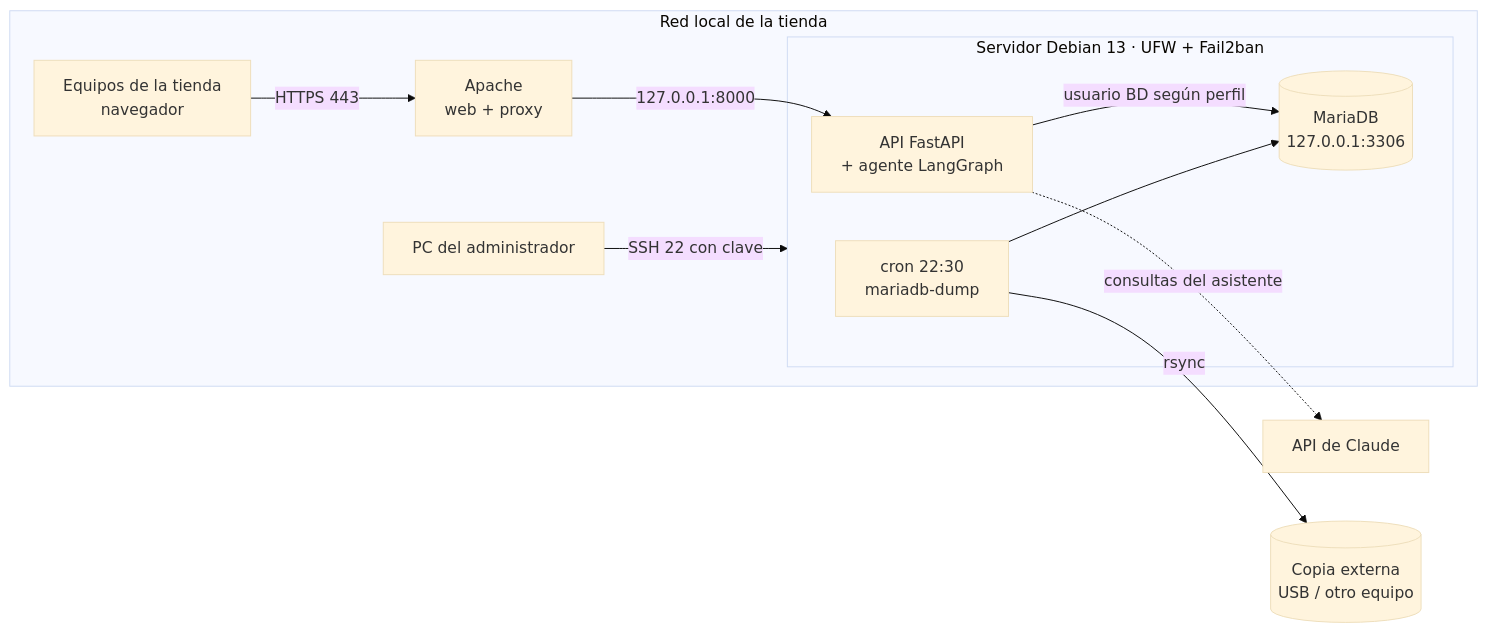
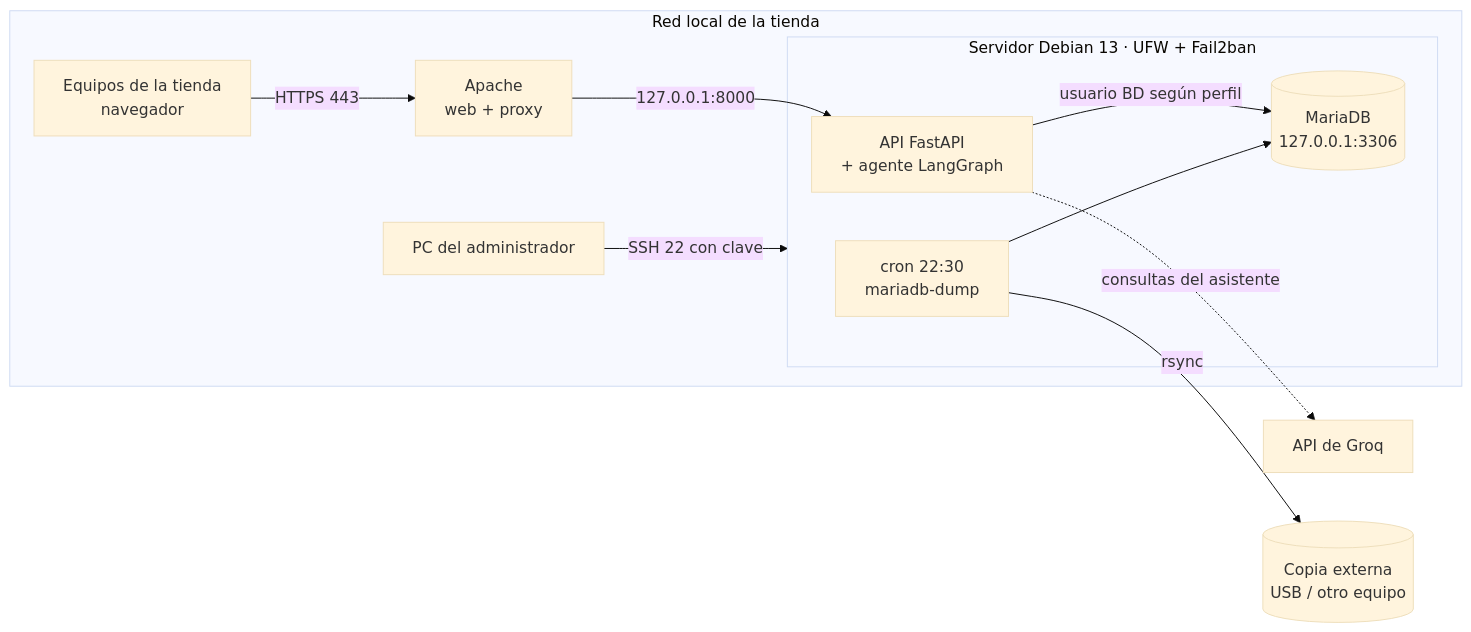
One commit to MatrixLMX/proyecto-asir-tienda changed the diagram in README.md. Above: the diagram before and after it, drawn with Mermaid (base theme). The commit also changed other lines of this file and 20 other files, not shown here.

Commit message:
Rediseño de la interfaz con tema claro/oscuro y asistente con Groq

````diff
--- a/README.md
+++ b/README.md
@@ -17,14 +17,14 @@
 ```mermaid
 flowchart LR
     subgraph Red local de la tienda
         PC[Equipos de la tienda<br/>navegador] -- HTTPS 443 --> AP
         ADM[PC del administrador] -- SSH 22 con clave --> SRV
     end
     subgraph SRV[Servidor Debian 13 · UFW + Fail2ban]
         AP[Apache<br/>web + proxy] -- 127.0.0.1:8000 --> API[API FastAPI<br/>+ agente LangGraph]
         API -- usuario BD según perfil --> DB[(MariaDB<br/>127.0.0.1:3306)]
         CRON[cron 22:30<br/>mariadb-dump] --> DB
     end
-    API -. consultas del asistente .-> LLM[API de Claude]
+    API -. consultas del asistente .-> LLM[API de Groq]
     CRON -- rsync --> EXT[(Copia externa<br/>USB / otro equipo)]
 ```
````
